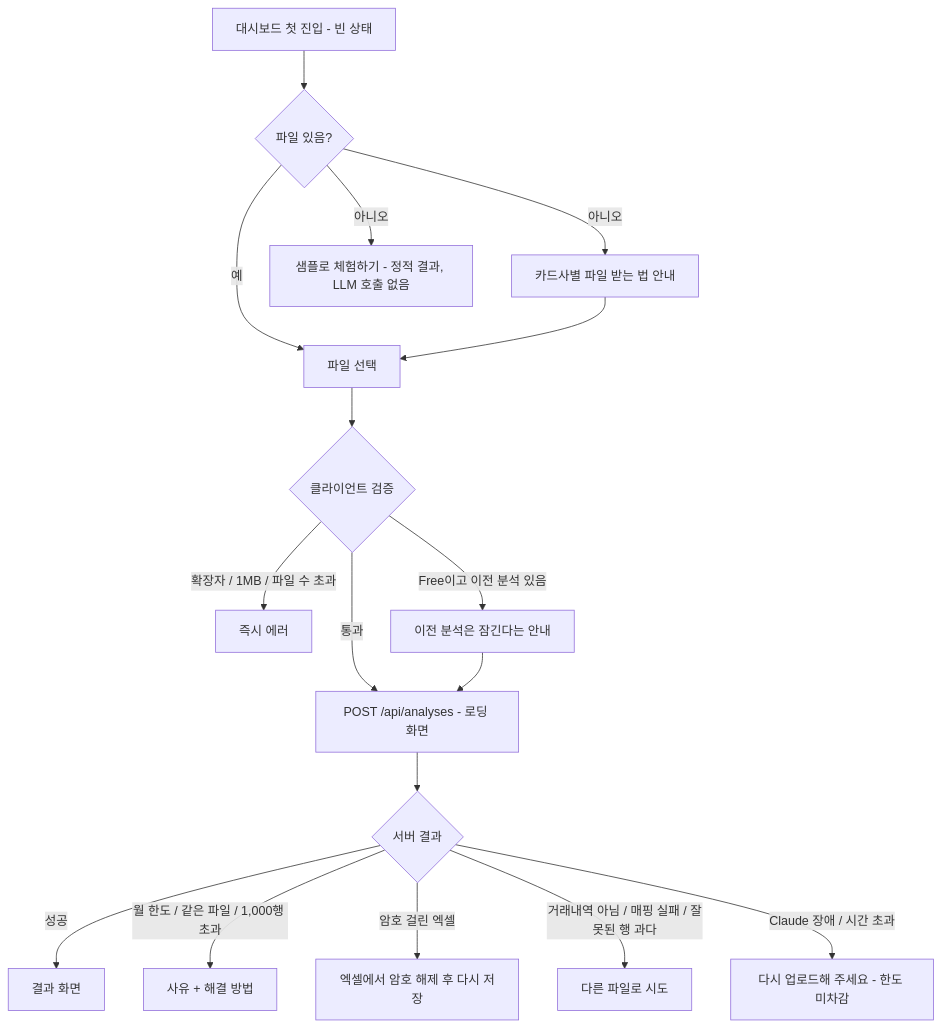
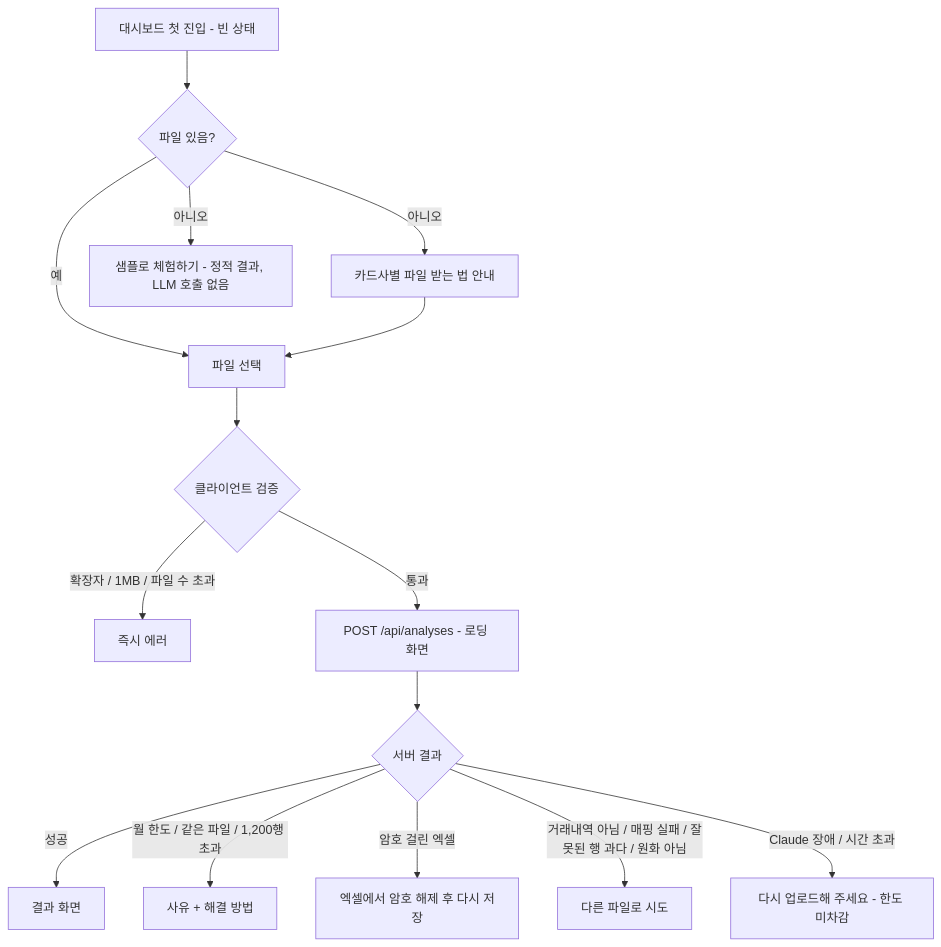
The third of 8 diagrams in docs/USER_FLOW.md (Jung-DaeHun/finsight), drawn with Mermaid before and after one commit. The commit also changed other lines of this file and 5 other files, not shown here.

````diff
--- a/docs/USER_FLOW.md
+++ b/docs/USER_FLOW.md
@@ -77,19 +76,17 @@
 ```mermaid
 flowchart TD
   D0[대시보드 첫 진입 - 빈 상태] --> D1{파일 있음?}
   D1 -->|아니오| G1[카드사별 파일 받는 법 안내]
   D1 -->|아니오| G2[샘플로 체험하기 - 정적 결과, LLM 호출 없음]
   D1 -->|예| U1[파일 선택]
   G1 --> U1
   U1 --> V1{클라이언트 검증}
   V1 -->|확장자 / 1MB / 파일 수 초과| E1[즉시 에러]
-  V1 -->|Free이고 이전 분석 있음| W1[이전 분석은 잠긴다는 안내]
   V1 -->|통과| UP[POST /api/analyses - 로딩 화면]
-  W1 --> UP
   UP --> S{서버 결과}
   S -->|성공| R1[결과 화면]
-  S -->|월 한도 / 같은 파일 / 1,000행 초과| E2[사유 + 해결 방법]
+  S -->|월 한도 / 같은 파일 / 1,200행 초과| E2[사유 + 해결 방법]
   S -->|암호 걸린 엑셀| E3[엑셀에서 암호 해제 후 다시 저장]
-  S -->|거래내역 아님 / 매핑 실패 / 잘못된 행 과다| E4[다른 파일로 시도]
+  S -->|거래내역 아님 / 매핑 실패 / 잘못된 행 과다 / 원화 아님| E4[다른 파일로 시도]
   S -->|Claude 장애 / 시간 초과| E5[다시 업로드해 주세요 - 한도 미차감]
 ```
````
